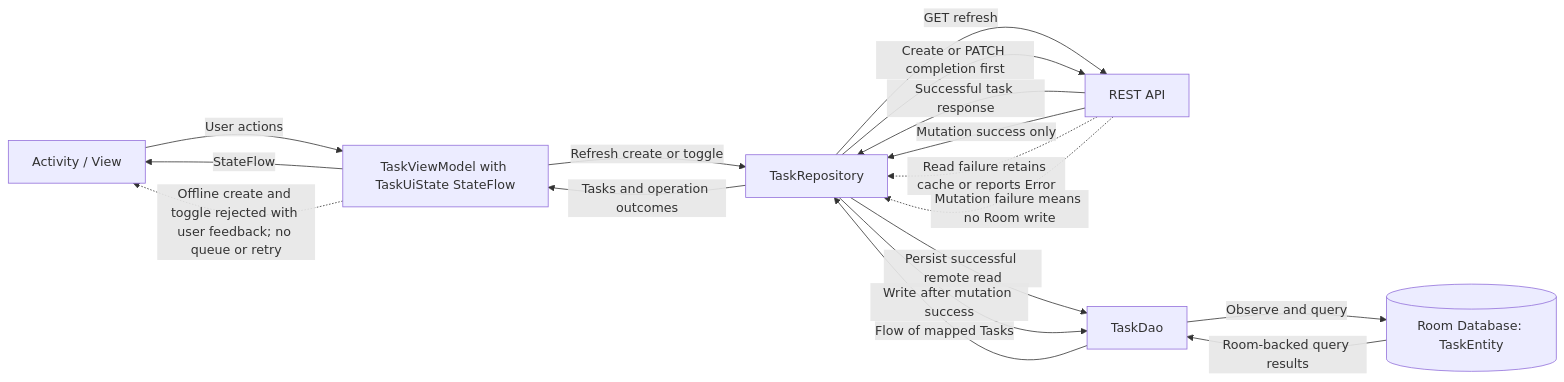
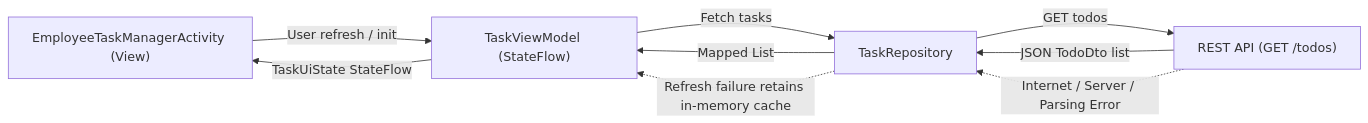
One commit to nazeefc/employee-task-manager changed the diagram in docs/diagrams/architecture.mmd. Above: the diagram before and after it, drawn with Mermaid. The commit also changed 21 other files, not shown here.

Commit message:
feat: integrate task list API with refresh and error handling

```diff
--- a/docs/diagrams/architecture.mmd
+++ b/docs/diagrams/architecture.mmd
@@ -1,25 +1,15 @@
 flowchart LR
-    View["Activity / View"]
-    VM["TaskViewModel with TaskUiState StateFlow"]
+    View["EmployeeTaskManagerActivity (View)"]
+    VM["TaskViewModel (StateFlow)"]
     Repo["TaskRepository"]
-    API["REST API"]
-    DAO["TaskDao"]
-    Room[("Room Database: TaskEntity")]
+    API["REST API (GET /todos)"]
 
-    View -->|User actions| VM
-    VM -->|Refresh create or toggle| Repo
-    Repo -->|GET refresh| API
-    API -->|Successful task response| Repo
-    Repo -->|Persist successful remote read| DAO
-    Repo -->|Create or PATCH completion first| API
-    API -->|Mutation success only| Repo
-    Repo -->|Write after mutation success| DAO
-    DAO -->|Observe and query| Room
-    Room -->|Room-backed query results| DAO
-    DAO -->|Flow of mapped Tasks| Repo
-    Repo -->|Tasks and operation outcomes| VM
-    VM -->|StateFlow| View
+    View -->|User refresh / init| VM
+    VM -->|Fetch tasks| Repo
+    Repo -->|GET todos| API
+    API -->|JSON TodoDto list| Repo
+    Repo -->|"Mapped List<Task>"| VM
+    VM -->|"TaskUiState StateFlow"| View
 
-    API -.->|Read failure retains cache or reports Error| Repo
-    API -.->|Mutation failure means no Room write| Repo
-    VM -.->|"Offline create and toggle rejected with user feedback; no queue or retry"| View
+    API -.->|Internet / Server / Parsing Error| Repo
+    Repo -.->|Refresh failure retains in-memory cache| VM
```
